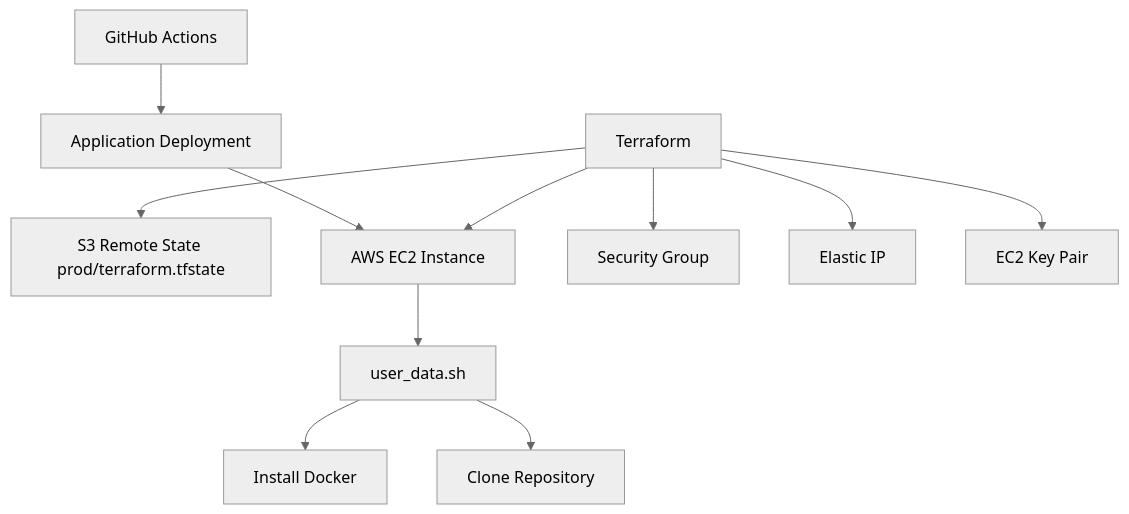
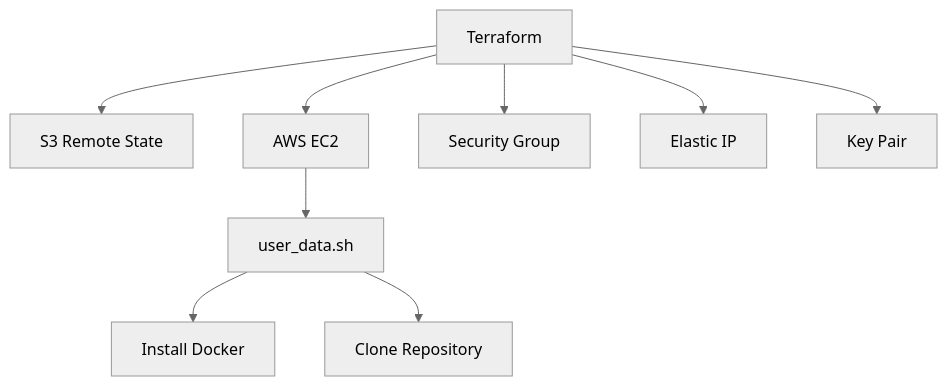
One commit to a0527645787-oss/world-cup-seat-booking-devops changed the seventh of 7 diagrams in docs/project-book.md. Above: the diagram before and after it, drawn with Mermaid (neutral theme). The commit also changed other lines of this file and 2 other files, not shown here.

````diff
--- a/docs/project-book.md
+++ b/docs/project-book.md
@@ -803,13 +739,11 @@
 ```mermaid
 flowchart TD
-    Terraform["Terraform"] --> Backend["S3 Remote State prod/terraform.tfstate"]
-    Terraform --> EC2["AWS EC2 Instance"]
+    Terraform["Terraform"] --> Backend["S3 Remote State"]
+    Terraform --> EC2["AWS EC2"]
     Terraform --> SG["Security Group"]
     Terraform --> EIP["Elastic IP"]
-    Terraform --> KeyPair["EC2 Key Pair"]
+    Terraform --> KeyPair["Key Pair"]
     EC2 --> UserData["user_data.sh"]
     UserData --> Docker["Install Docker"]
     UserData --> Git["Clone Repository"]
-    GitHubActions["GitHub Actions"] --> Deploy["Application Deployment"]
-    Deploy --> EC2
 ```
````
